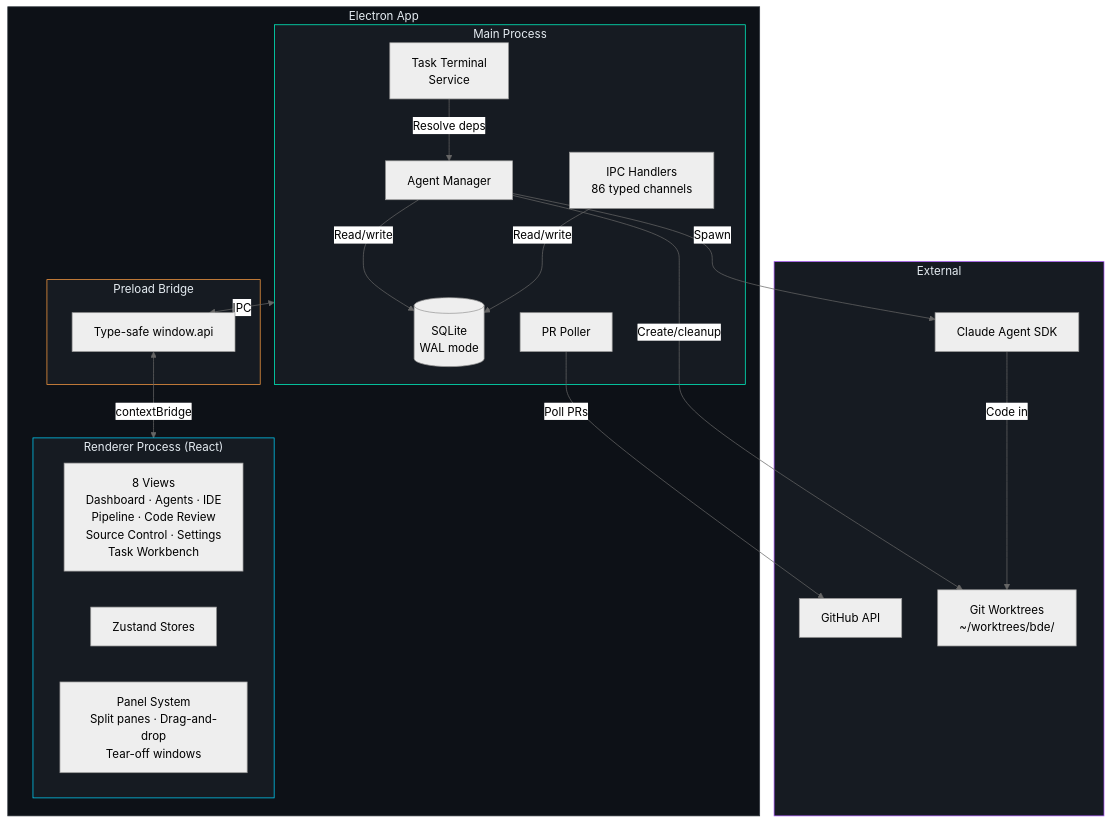
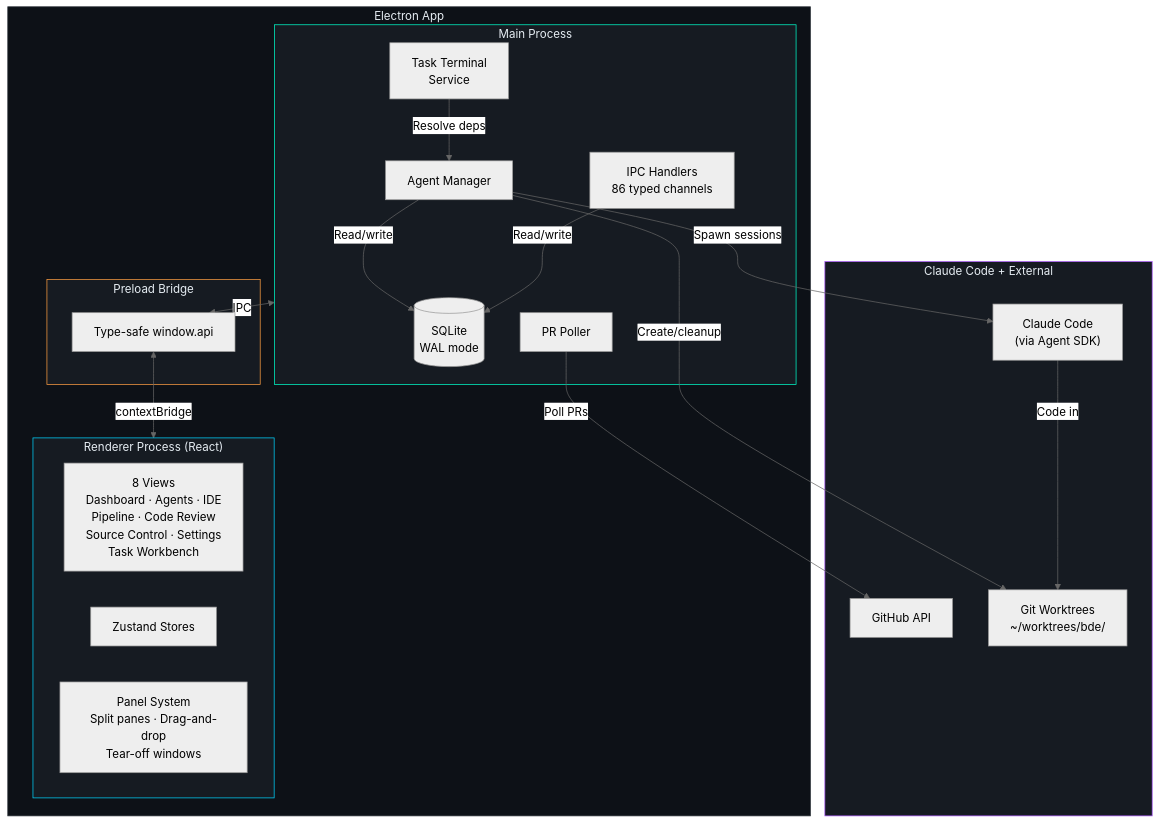
The third of 4 diagrams in README.md (RyanJBirkeland/BDE), drawn with Mermaid (neutral theme) before and after one commit. The commit also changed other lines of this file, not shown here.

Commit message:
chore: reframe README — BDE as steering system for Claude Code, not standalone AI

````diff
--- a/README.md
+++ b/README.md
@@ -156,44 +169,45 @@
 ```mermaid
 graph TB
     subgraph Electron["Electron App"]
         subgraph Main["Main Process"]
             AM[Agent Manager]
             DB[(SQLite<br/>WAL mode)]
             IPC[IPC Handlers<br/>86 typed channels]
             PRP[PR Poller]
             TTS[Task Terminal<br/>Service]
         end
 
         subgraph Renderer["Renderer Process (React)"]
             Views["8 Views<br/>Dashboard · Agents · IDE<br/>Pipeline · Code Review<br/>Source Control · Settings<br/>Task Workbench"]
             Stores[Zustand Stores]
             Panels[Panel System<br/>Split panes · Drag-and-drop<br/>Tear-off windows]
         end
 
         subgraph Preload["Preload Bridge"]
             Bridge[Type-safe window.api]
         end
     end
 
-    subgraph External["External"]
-        SDK[Claude Agent SDK]
+    subgraph External["Claude Code + External"]
+        SDK["Claude Code
+        (via Agent SDK)"]
         GH[GitHub API]
         WT[Git Worktrees<br/>~/worktrees/bde/]
     end
 
     Main <-->|IPC| Bridge
     Bridge <-->|contextBridge| Renderer
-    AM -->|Spawn| SDK
+    AM -->|"Spawn sessions"| SDK
     AM -->|Create/cleanup| WT
     SDK -->|Code in| WT
     PRP -->|Poll PRs| GH
     AM -->|Read/write| DB
     IPC -->|Read/write| DB
     TTS -->|Resolve deps| AM
 
     style Electron fill:#0d1117,stroke:#30363d,color:#e6edf3
     style Main fill:#161b22,stroke:#00ffcc,color:#e6edf3
     style Renderer fill:#161b22,stroke:#00d4ff,color:#e6edf3
     style Preload fill:#161b22,stroke:#ff9f43,color:#e6edf3
     style External fill:#161b22,stroke:#a855f7,color:#e6edf3
 ```
````
